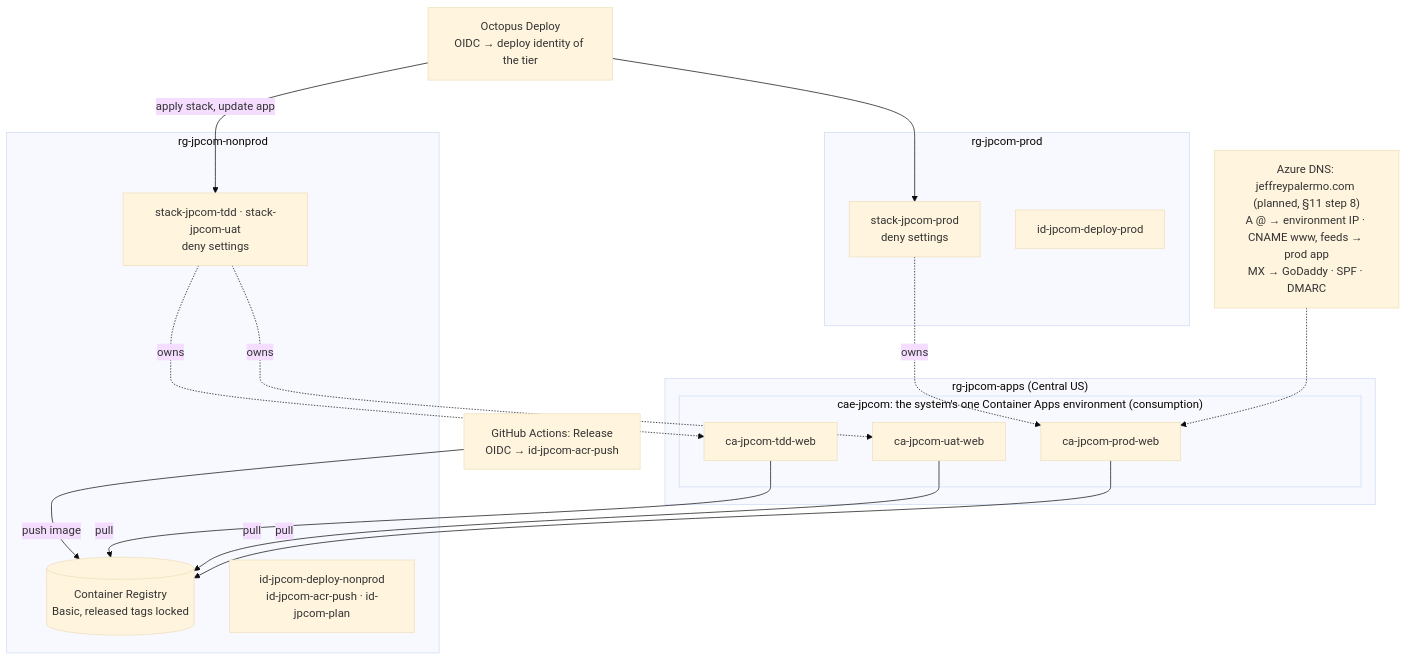
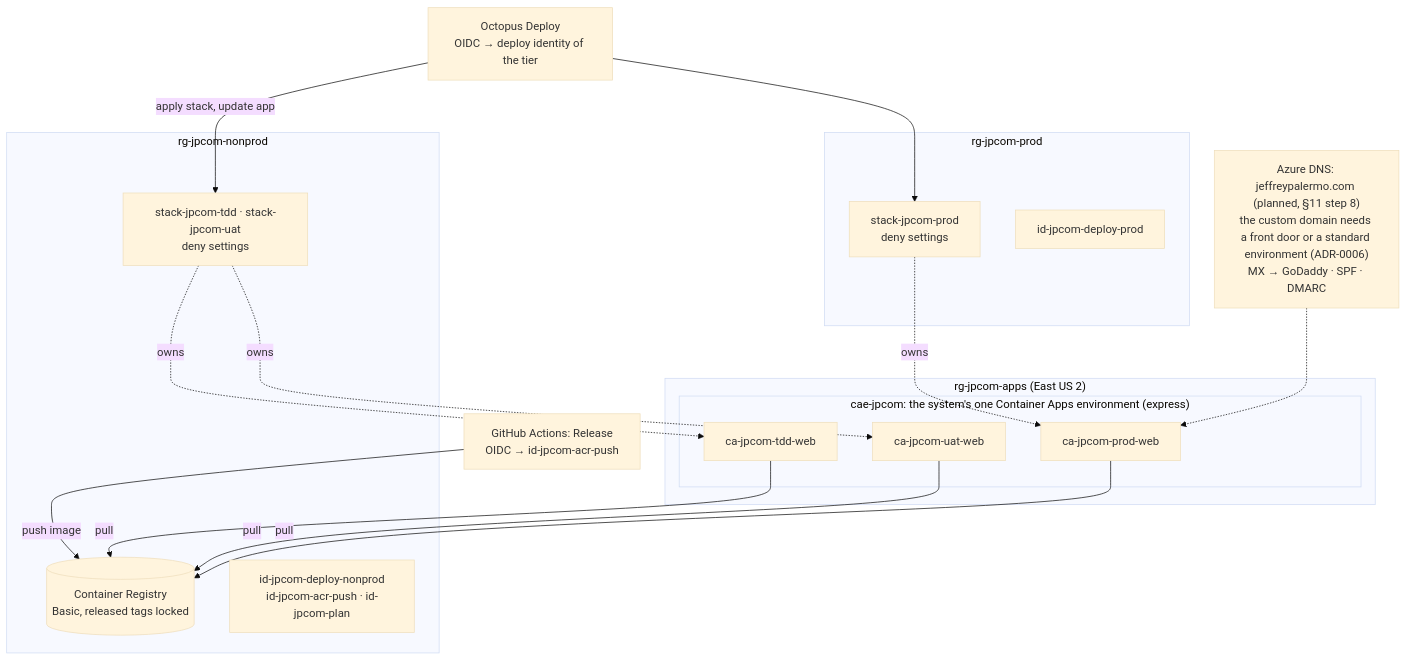
One commit to jeffreypalermo-sites/jeffreypalermo.com changed the sixth of 7 diagrams in docs/architecture/README.md. Above: the diagram before and after it, drawn with Mermaid (base theme). The commit also changed other lines of this file and 1 other file, not shown here.

First line of the commit message:
ADR-0006 and architecture: East US 2 on an Azure Container Apps express environment

````diff
--- a/docs/architecture/README.md
+++ b/docs/architecture/README.md
@@ -337,30 +337,30 @@
 ```mermaid
 flowchart TB
-    dns["Azure DNS: jeffreypalermo.com (planned, §11 step 8)<br/>A @ → environment IP · CNAME www, feeds → prod app<br/>MX → GoDaddy · SPF · DMARC"]
-    subgraph apps["rg-jpcom-apps (Central US)"]
-        subgraph env["cae-jpcom: the system's one Container Apps environment (consumption)"]
+    dns["Azure DNS: jeffreypalermo.com (planned, §11 step 8)<br/>the custom domain needs a front door or a standard environment (ADR-0006)<br/>MX → GoDaddy · SPF · DMARC"]
+    subgraph apps["rg-jpcom-apps (East US 2)"]
+        subgraph env["cae-jpcom: the system's one Container Apps environment (express)"]
             tdd["ca-jpcom-tdd-web"]
             uat["ca-jpcom-uat-web"]
             prod["ca-jpcom-prod-web"]
         end
     end
     subgraph nonprod["rg-jpcom-nonprod"]
         acr[(Container Registry<br/>Basic, released tags locked)]
         s1["stack-jpcom-tdd · stack-jpcom-uat<br/>deny settings"]
         idn["id-jpcom-deploy-nonprod<br/>id-jpcom-acr-push · id-jpcom-plan"]
     end
     subgraph prodrg["rg-jpcom-prod"]
         s2["stack-jpcom-prod<br/>deny settings"]
         idp["id-jpcom-deploy-prod"]
     end
     gha[GitHub Actions: Release<br/>OIDC → id-jpcom-acr-push] -- push image --> acr
     octo[Octopus Deploy<br/>OIDC → deploy identity of the tier] -- apply stack, update app --> s1
     octo --> s2
     s1 -. owns .-> tdd
     s1 -. owns .-> uat
     s2 -. owns .-> prod
     tdd -- pull --> acr
     uat -- pull --> acr
     prod -- pull --> acr
     dns -.-> prod
 ```
````
